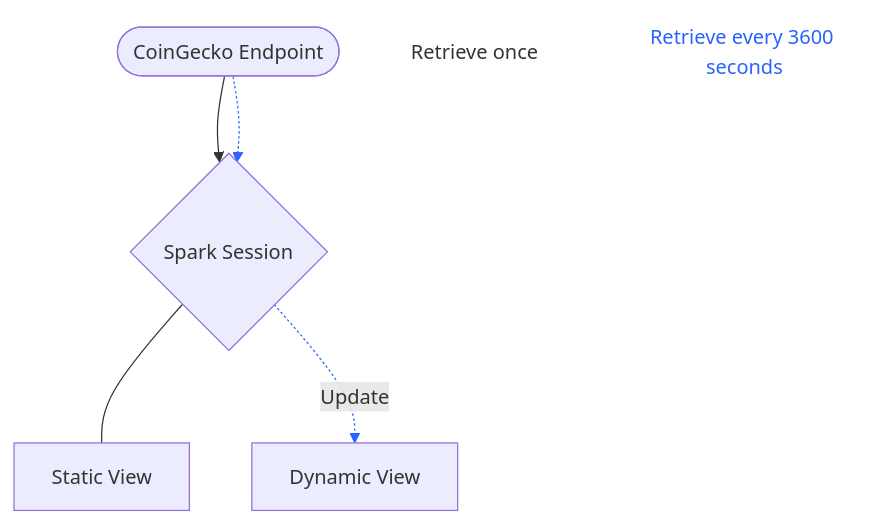
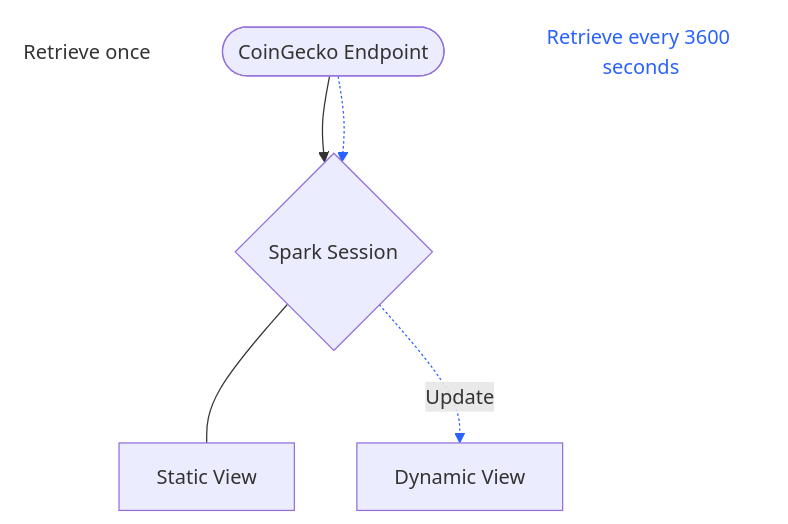
The diagram in DATA605/Spring2025/projects/TutorTask108_Spring2025_Implementing_Real-Time_Bitcoin_Price_Analysis_with_Spark_SQL/sparkSQL.example.md (causify-ai/tutorials), drawn with Mermaid before and after one commit. The commit also changed other lines of this file and 7 other files, not shown here.

````diff
--- a/DATA605/Spring2025/projects/TutorTask108_Spring2025_Implementing_Real-Time_Bitcoin_Price_Analysis_with_Spark_SQL/sparkSQL.example.md
+++ b/DATA605/Spring2025/projects/TutorTask108_Spring2025_Implementing_Real-Time_Bitcoin_Price_Analysis_with_Spark_SQL/sparkSQL.example.md
@@ -118,14 +118,14 @@
 ```mermaid
 flowchart TD
+    n2["Retrieve once"]
     A(["CoinGecko Endpoint"]) --> B{"Spark Session"}
     A -.-> B
     B --- C["Static View"]
     B -. Update .-> D["Dynamic View"]
-    n2["Retrieve once"]
     n1["Retrieve every 3600 seconds"]
     n2@{ shape: text}
     n1@{ shape: text}
     style n1 color:#2962FF
     linkStyle 1 stroke:#2962FF,fill:none
     linkStyle 3 stroke:#2962FF,fill:none
 ```
````
